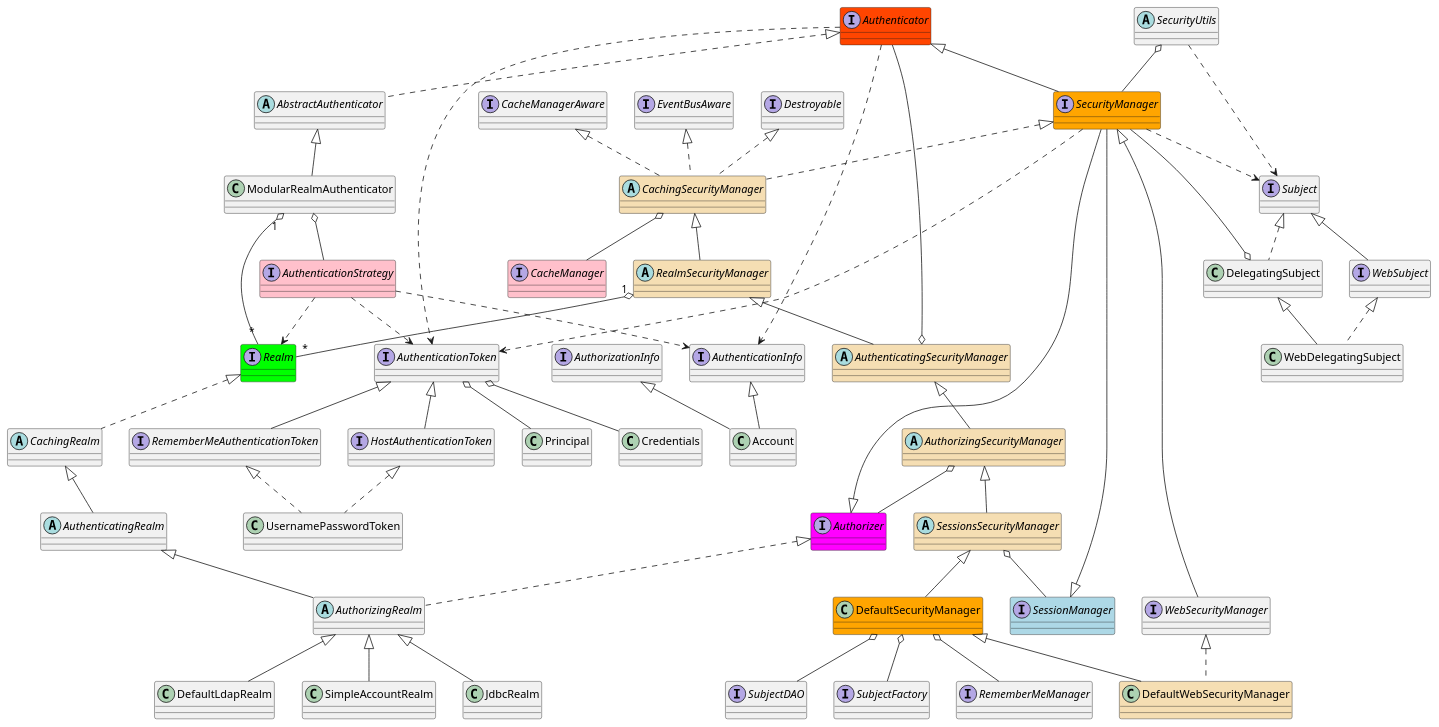
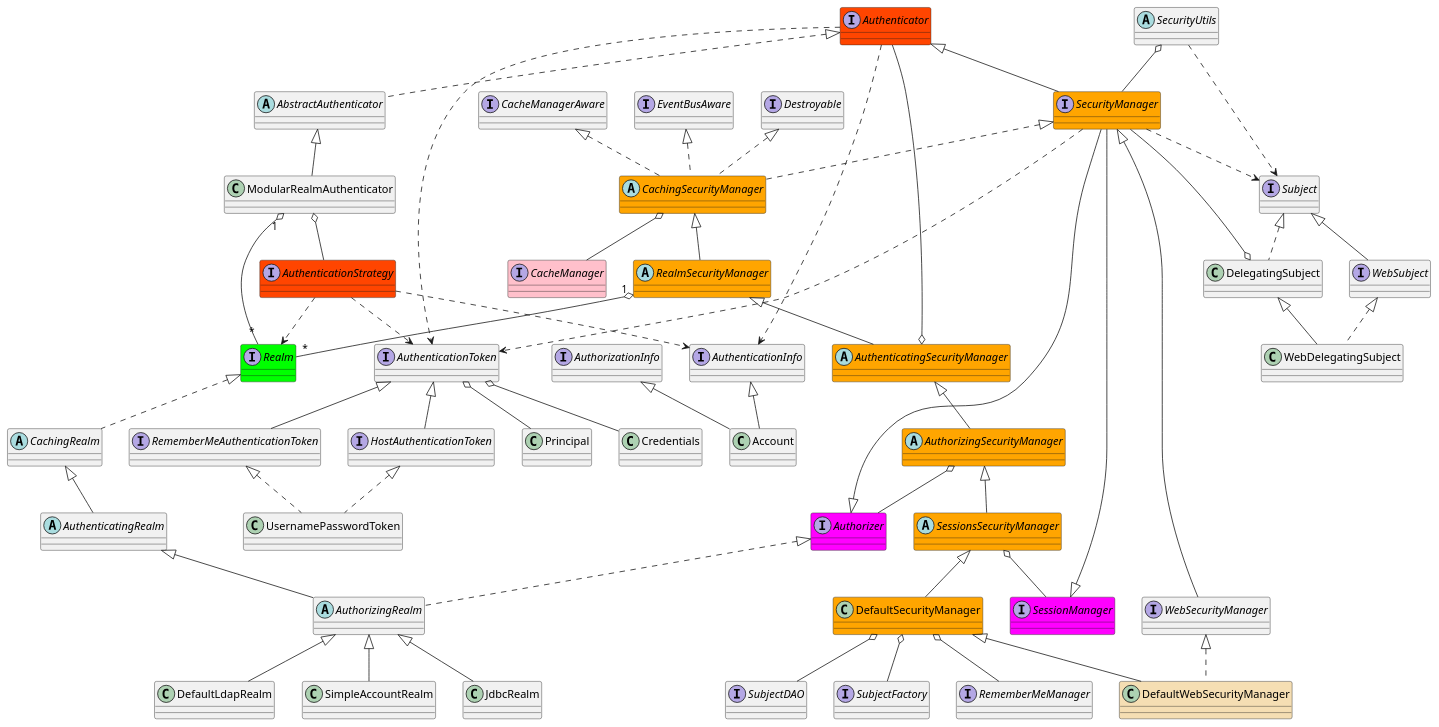
The diagram in docs/20-framework/src/apache/shiro/README.md (onlyonion/development), drawn with PlantUML before and after one commit. The commit also changed other lines of this file and 132 other files, not shown here.

```diff
--- a/docs/20-framework/src/apache/shiro/README.md
+++ b/docs/20-framework/src/apache/shiro/README.md
@@ -174,7 +193,7 @@
 ModularRealmAuthenticator o-- AuthenticationStrategy
 ModularRealmAuthenticator "1" o-- "*" Realm
 
-interface AuthenticationStrategy #pink
+interface AuthenticationStrategy #orangeRed
 AuthenticationStrategy ..> Realm
 AuthenticationStrategy ..> AuthenticationToken
 AuthenticationStrategy ..> AuthenticationInfo
@@ -187,7 +206,7 @@
 '''''''''''''''''''''''''''''''Authorizer'''''''''''''''''''''''''''''''
 
 interface Authorizer #magenta
-interface SessionManager #lightBlue
+interface SessionManager #magenta
 
 '''''''''''''''''''''''''''''''Realm'''''''''''''''''''''''''''''''
 interface Realm #lime
@@ -246,20 +265,20 @@
 CacheManagerAware ^.. CachingSecurityManager
 EventBusAware ^.. CachingSecurityManager
 
-abstract class CachingSecurityManager #wheat
+abstract class CachingSecurityManager #orange
 interface CacheManager #pink
 CachingSecurityManager o-- CacheManager
 
-abstract class RealmSecurityManager #wheat
+abstract class RealmSecurityManager #orange
 RealmSecurityManager "1" o-- "*" Realm
 
-abstract class AuthenticatingSecurityManager #wheat
+abstract class AuthenticatingSecurityManager #orange
 AuthenticatingSecurityManager o-- Authenticator
 
-abstract class AuthorizingSecurityManager #wheat
+abstract class AuthorizingSecurityManager #orange
 AuthorizingSecurityManager o-- Authorizer
 
-abstract class SessionsSecurityManager #wheat
+abstract class SessionsSecurityManager #orange
 SessionsSecurityManager o-- SessionManager
 
 '''''''''''''''''''''''''''''''DefaultSecurityManager'''''''''''''''''''''''''''''''
```
